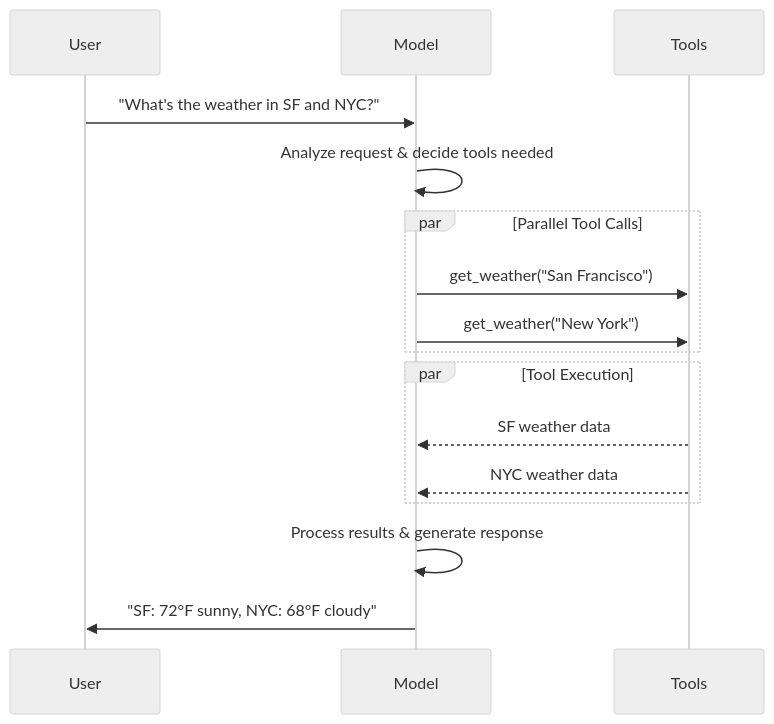
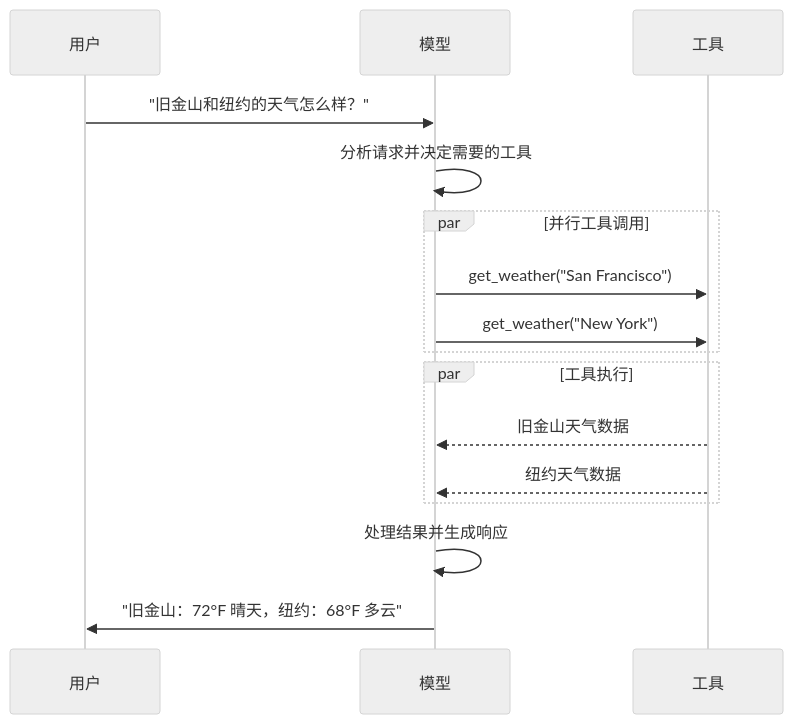
Before and after one commit to kunfan96/cndocs-langchain: the diagram in oss/python/langchain/models.mdx, drawn with Mermaid (neutral theme). The commit also changed other lines of this file and 1030 other files, not shown here.

````diff
--- a/oss/python/langchain/models.mdx
+++ b/oss/python/langchain/models.mdx
@@ -362,22 +334,22 @@
 ```mermaid
 sequenceDiagram
-    participant U as User
-    participant M as Model
-    participant T as Tools
+    participant U as 用户
+    participant M as 模型
+    participant T as 工具
 
-    U->>M: "What's the weather in SF and NYC?"
-    M->>M: Analyze request & decide tools needed
+    U->>M: "旧金山和纽约的天气怎么样？"
+    M->>M: 分析请求并决定需要的工具
 
-    par Parallel Tool Calls
+    par 并行工具调用
         M->>T: get_weather("San Francisco")
         M->>T: get_weather("New York")
     end
 
-    par Tool Execution
-        T-->>M: SF weather data
-        T-->>M: NYC weather data
+    par 工具执行
+        T-->>M: 旧金山天气数据
+        T-->>M: 纽约天气数据
     end
 
-    M->>M: Process results & generate response
-    M->>U: "SF: 72°F sunny, NYC: 68°F cloudy"
+    M->>M: 处理结果并生成响应
+    M->>U: "旧金山：72°F 晴天，纽约：68°F 多云"
 ```
````
